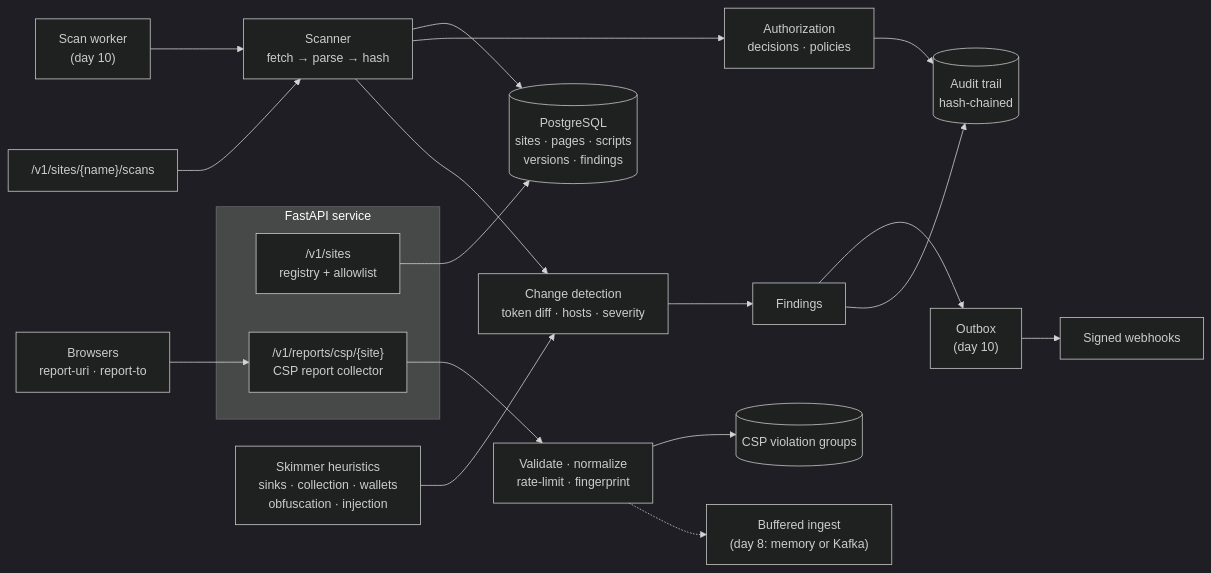
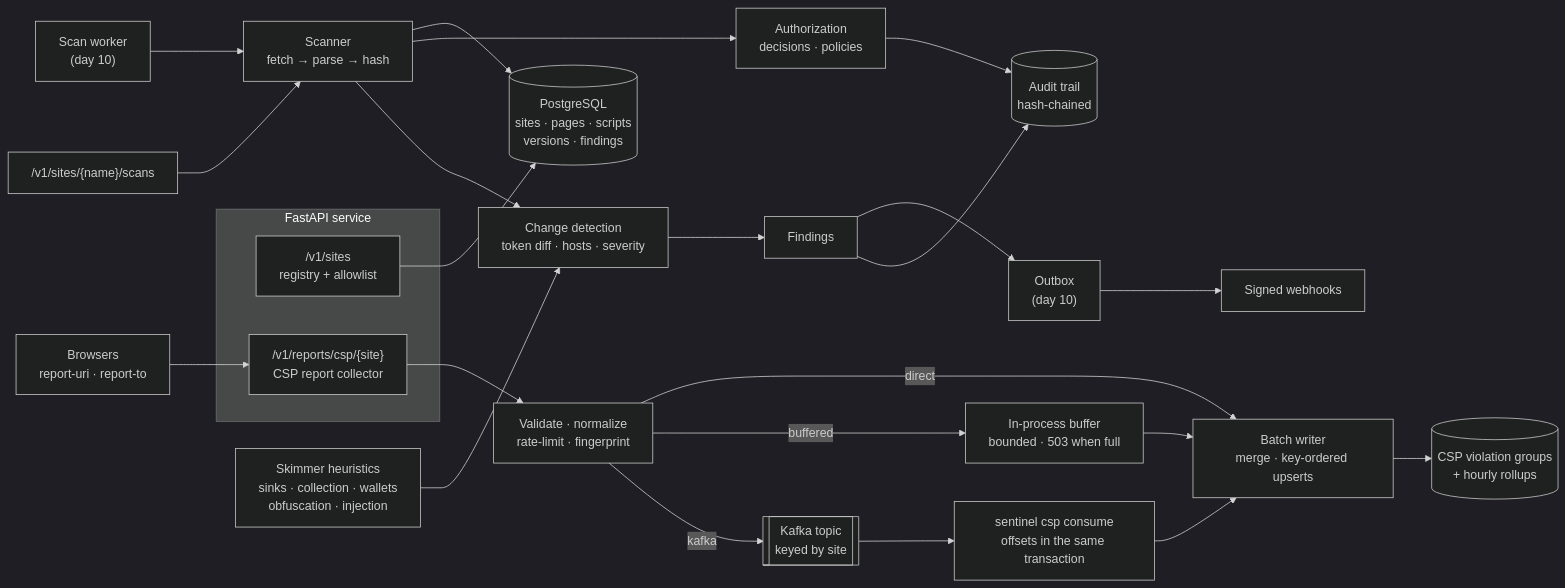
Before and after one commit to xeeshan16/script-sentinel: the first of 2 diagrams in README.md, drawn with Mermaid (dark theme). The commit also changed other lines of this file and 3 other files, not shown here.

First line of the commit message:
Check buffered and Kafka ingest in CI; day 8 docs

````diff
--- a/README.md
+++ b/README.md
@@ -69,20 +72,23 @@
 ```mermaid
 flowchart LR
     subgraph API["FastAPI service"]
         sites["/v1/sites<br/>registry + allowlist"]
         csp["/v1/reports/csp/{site}<br/>CSP report collector"]
     end
     worker["Scan worker<br/>(day 10)"] --> scanner["Scanner<br/>fetch → parse → hash"]
     scans["/v1/sites/{name}/scans"] --> scanner
     scanner --> store[("PostgreSQL<br/>sites · pages · scripts<br/>versions · findings")]
     scanner --> policy["Authorization<br/>decisions · policies"]
     policy --> trail[("Audit trail<br/>hash-chained")]
     scanner --> diff["Change detection<br/>token diff · hosts · severity"]
     diff --> findings["Findings"] --> outbox["Outbox<br/>(day 10)"] --> hooks["Signed webhooks"]
     findings --> trail
     heur["Skimmer heuristics<br/>sinks · collection · wallets<br/>obfuscation · injection"] --> diff
     sites --> store
     browsers["Browsers<br/>report-uri · report-to"] --> csp
-    csp --> normalize["Validate · normalize<br/>rate-limit · fingerprint"] --> groups[("CSP violation groups")]
-    normalize -.-> ingest["Buffered ingest<br/>(day 8: memory or Kafka)"]
+    csp --> normalize["Validate · normalize<br/>rate-limit · fingerprint"]
+    normalize -- direct --> writer["Batch writer<br/>merge · key-ordered upserts"]
+    normalize -- buffered --> buffer["In-process buffer<br/>bounded · 503 when full"] --> writer
+    normalize -- kafka --> topic[["Kafka topic<br/>keyed by site"]] --> consumer["sentinel csp consume<br/>offsets in the same transaction"] --> writer
+    writer --> groups[("CSP violation groups<br/>+ hourly rollups")]
 ```
````
